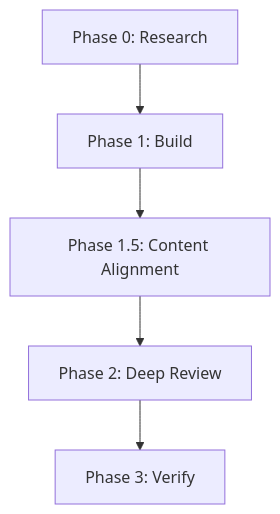
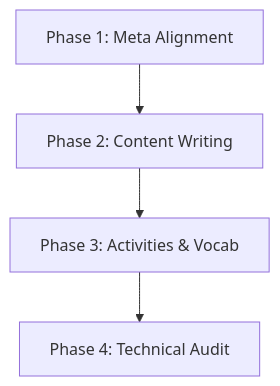
One commit to learn-ukrainian/learn-ukrainian.github.io changed the second of 2 diagrams in docs/ORCHESTRATE-REBUILD.md. Above: the diagram before and after it, drawn with Mermaid. The commit also changed other lines of this file and 4 other files, not shown here.

````diff
--- a/docs/ORCHESTRATE-REBUILD.md
+++ b/docs/ORCHESTRATE-REBUILD.md
@@ -39,7 +37,6 @@
 ```mermaid
 graph TD
-    CP0[Phase 0: Research] --> CP1[Phase 1: Build]
-    CP1 --> CP15[Phase 1.5: Content Alignment]
-    CP15 --> CP2[Phase 2: Deep Review]
-    CP2 --> CP3[Phase 3: Verify]
+    C1[Phase 1: Meta Alignment] --> C2[Phase 2: Content Writing]
+    C2 --> C3[Phase 3: Activities & Vocab]
+    C3 --> C4[Phase 4: Technical Audit]
 ```
````
